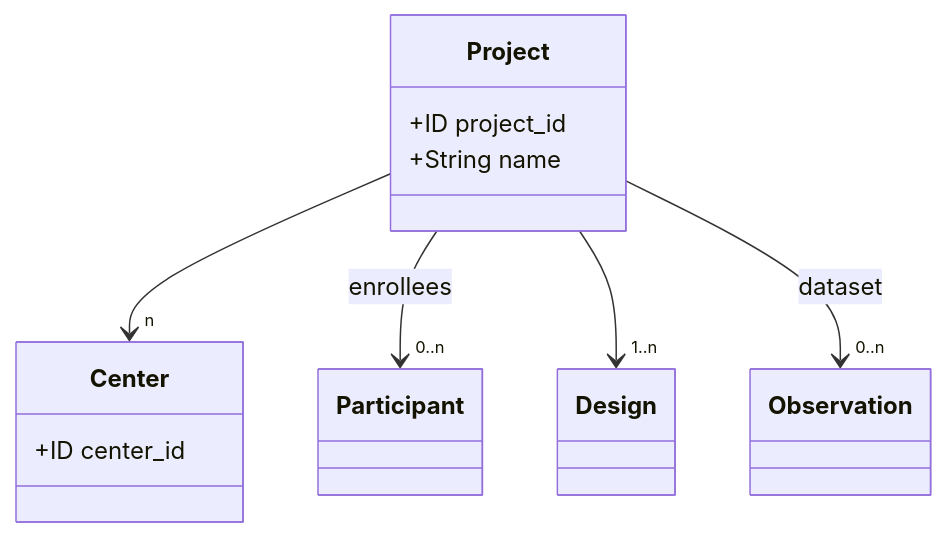
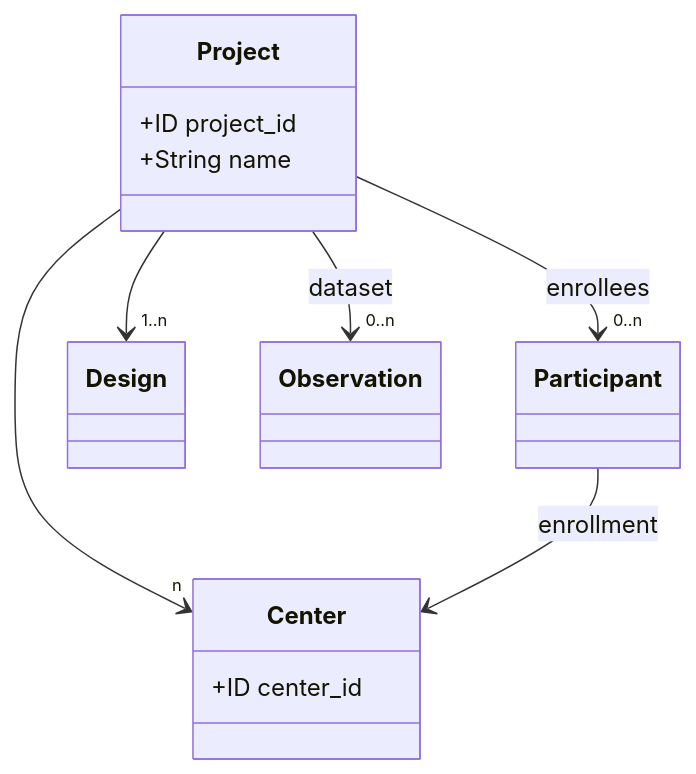
Before and after one commit to naccdata/system-design: the first of 5 diagrams in src/markdown/02-domain-model.md, drawn with Mermaid. The commit also changed other lines of this file and 7 other files, not shown here.

````diff
--- a/src/markdown/02-domain-model.md
+++ b/src/markdown/02-domain-model.md
@@ -14,14 +14,15 @@
 ```mermaid
 classDiagram
     class Center {
         +ID center_id
     }
     class Project {
         +ID project_id
         +String name
     }
     Project --> "n" Center
     Project --> "0..n" Participant : enrollees
     Project --> "1..n" Design
     Project --> "0..n" Observation : dataset
+    Participant --> Center : enrollment
 ```
````
